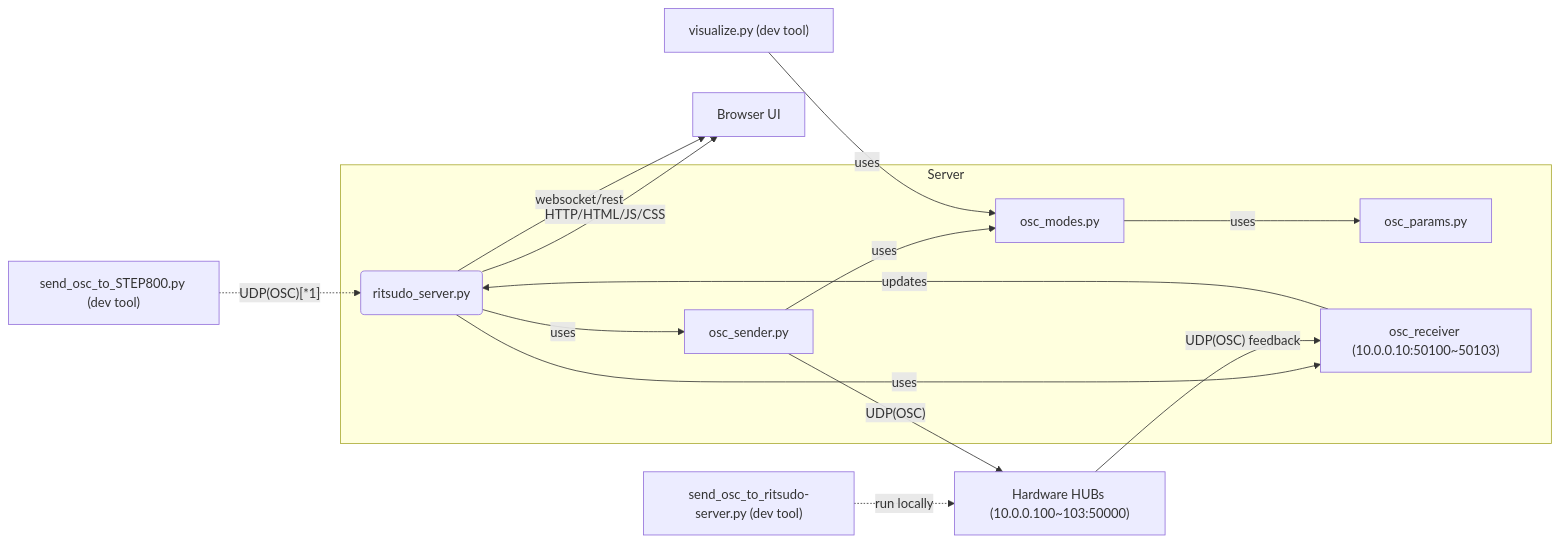
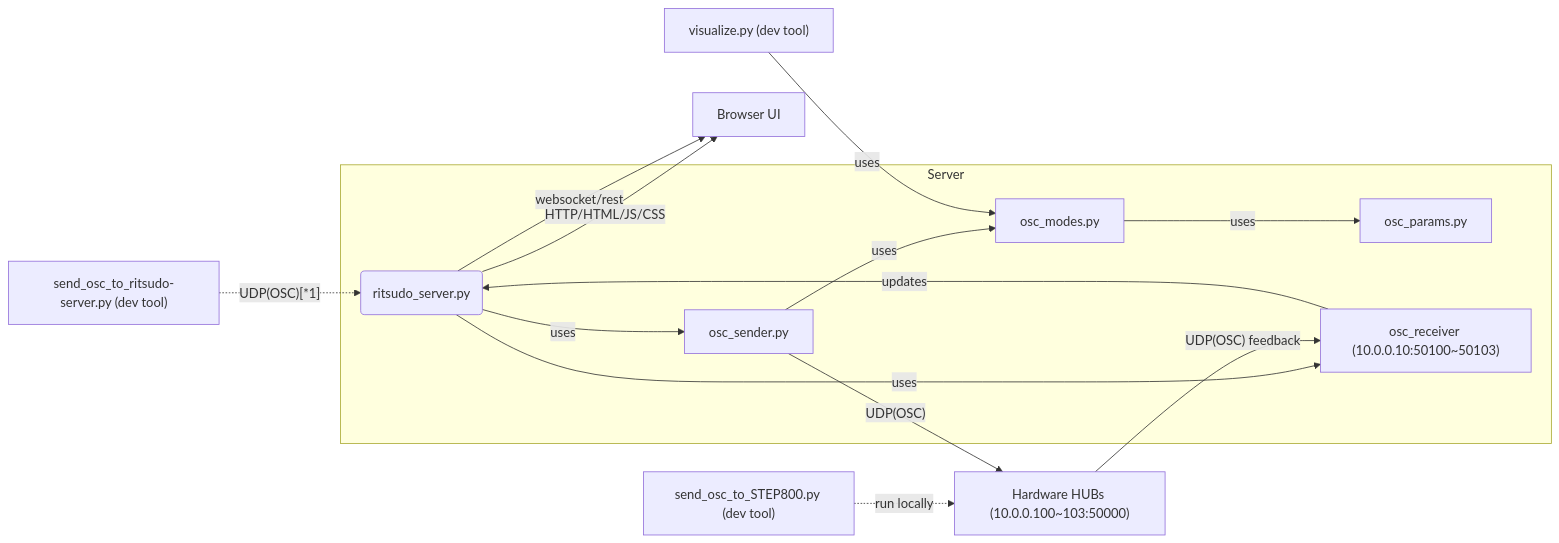
One commit to fumiya-nakano-DE/SDH_kfy25 changed the diagram in README.md. Above: the diagram before and after it, drawn with Mermaid. The commit also changed other lines of this file, not shown here.

````diff
--- a/README.md
+++ b/README.md
@@ -112,21 +112,21 @@
 ```mermaid
 graph LR
     Browser[Browser UI]
     Flask(ritsudo_server.py) -- HTTP/HTML/JS/CSS --> Browser
     Flask -- websocket/rest --> Browser
 
     subgraph Server
       osc_modes -- uses --> osc_params[osc_params.py]
       osc_sender -- uses --> osc_modes[osc_modes.py]
       Flask -- uses --> osc_sender[osc_sender.py]
       Flask -- uses --> osc_receiver[osc_receiver.py]
     end
 
     osc_sender -- UDP(OSC) --> Hubs["Hardware HUBs (10.0.0.100~103:50000)"]
     Hubs -- UDP(OSC) feedback --> osc_receiver
     osc_receiver["osc_receiver (10.0.0.10:50100~50103)"] -- updates --> Flask
 
-    sendosc2board["send_osc_to_ritsudo-server.py (dev tool)"] -. run locally .-> Hubs
-    sendosc2server["send_osc_to_STEP800.py (dev tool)"] -. UDP(OSC)[*1] .-> Flask
+    sendosc2board["send_osc_to_STEP800.py (dev tool)"] -. run locally .-> Hubs
+    sendosc2server["send_osc_to_ritsudo-server.py (dev tool)"] -. UDP(OSC)[*1] .-> Flask
     visualizer["visualize.py (dev tool)"]-- uses --> osc_modes
 ```
````
